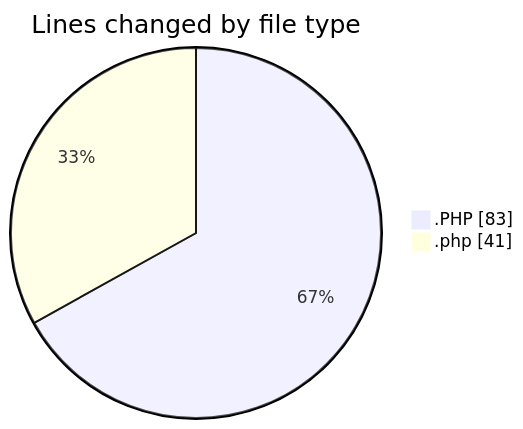
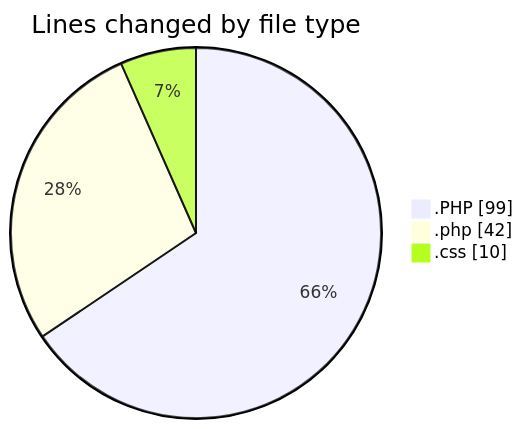
One commit to LanceThiago/code-tracking changed the first of 2 diagrams in 2025-05-15/jogo/README.md. Above: the diagram before and after it, drawn with Mermaid. The commit also changed other lines of this file and 1 other file, not shown here.

````diff
--- a/2025-05-15/jogo/README.md
+++ b/2025-05-15/jogo/README.md
@@ -21,6 +22,7 @@
 ```mermaid
 pie showData
 title Lines changed by file type
-".PHP" : 83
-".php" : 41
+".PHP" : 99
+".php" : 42
+".css" : 10
 ```
````
